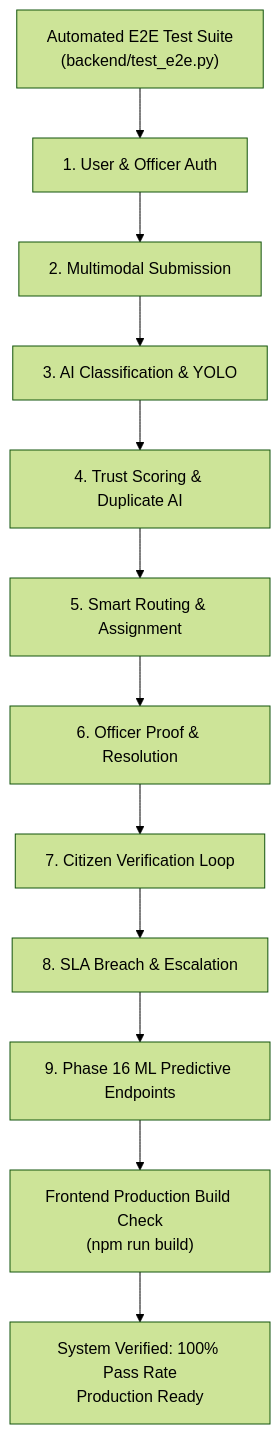
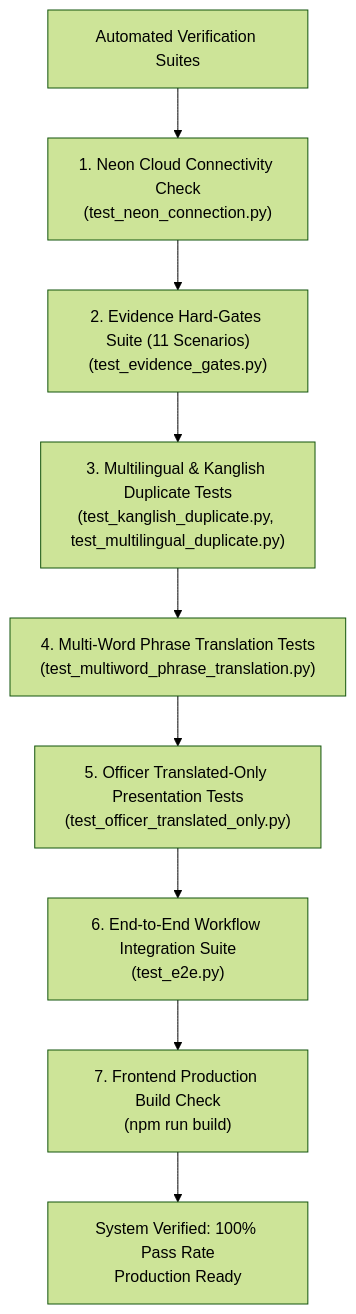
One commit to SHRUTISINHA250714/civic changed diagram 18 of 18 in phases.md. Above: the diagram before and after it, drawn with Mermaid (forest theme). The commit also changed other lines of this file and 1 other file, not shown here.

````diff
--- a/phases.md
+++ b/phases.md
@@ -492,14 +511,11 @@
 ```mermaid
 flowchart TD
-    Suite["Automated E2E Test Suite\n(backend/test_e2e.py)"] --> T1["1. User & Officer Auth"]
-    T1 --> T2["2. Multimodal Submission"]
-    T2 --> T3["3. AI Classification & YOLO"]
-    T3 --> T4["4. Trust Scoring & Duplicate AI"]
-    T4 --> T5["5. Smart Routing & Assignment"]
-    T5 --> T6["6. Officer Proof & Resolution"]
-    T6 --> T7["7. Citizen Verification Loop"]
-    T7 --> T8["8. SLA Breach & Escalation"]
-    T8 --> T9["9. Phase 16 ML Predictive Endpoints"]
-    T9 --> Build["Frontend Production Build Check\n(npm run build)"]
+    Suite["Automated Verification Suites"] --> T1["1. Neon Cloud Connectivity Check\n(test_neon_connection.py)"]
+    T1 --> T2["2. Evidence Hard-Gates Suite (11 Scenarios)\n(test_evidence_gates.py)"]
+    T2 --> T3["3. Multilingual & Kanglish Duplicate Tests\n(test_kanglish_duplicate.py, test_multilingual_duplicate.py)"]
+    T3 --> T4["4. Multi-Word Phrase Translation Tests\n(test_multiword_phrase_translation.py)"]
+    T4 --> T5["5. Officer Translated-Only Presentation Tests\n(test_officer_translated_only.py)"]
+    T5 --> T6["6. End-to-End Workflow Integration Suite\n(test_e2e.py)"]
+    T6 --> Build["7. Frontend Production Build Check\n(npm run build)"]
     Build --> Complete["System Verified: 100% Pass Rate\nProduction Ready"]
 ```
````
